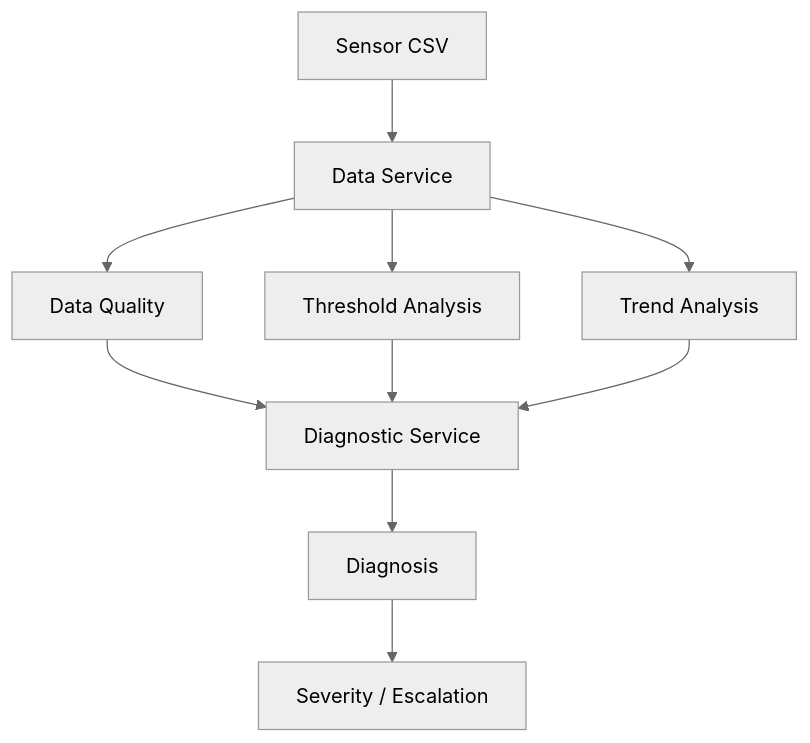
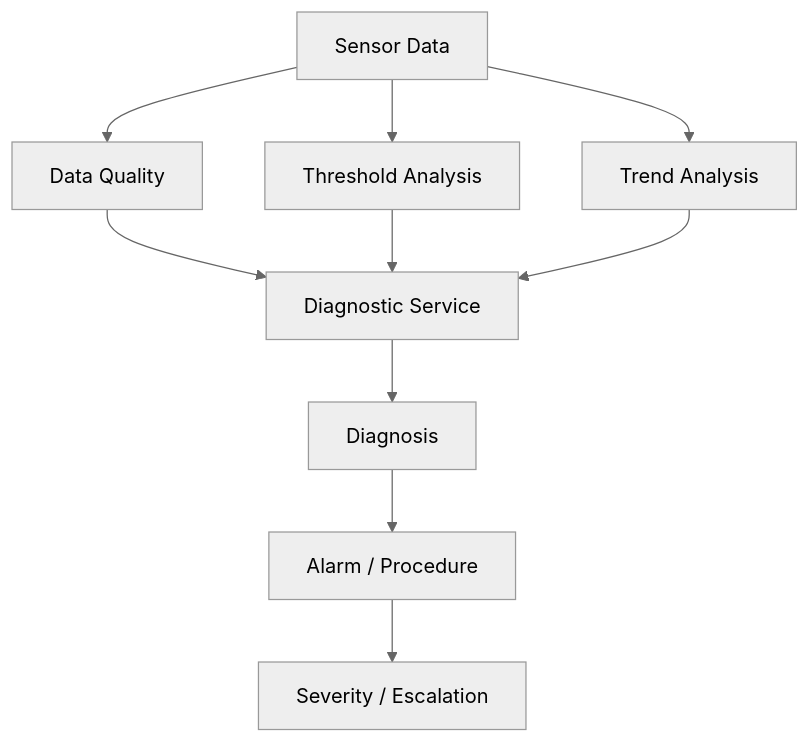
The first of 2 diagrams in README.md (tuanaydin/internship_final_project), drawn with Mermaid (neutral theme) before and after one commit. The commit also changed other lines of this file, not shown here.

````diff
--- a/README.md
+++ b/README.md
@@ -92,12 +183,14 @@
 ```mermaid
 flowchart TD
-    A[Sensor CSV] --> B[Data Service]
-    B --> C[Data Quality]
-    B --> D[Threshold Analysis]
-    B --> E[Trend Analysis]
-    C --> F[Diagnostic Service]
-    D --> F
-    E --> F
-    F --> G[Diagnosis]
+    A[Sensor Data] --> B[Data Quality]
+    A --> C[Threshold Analysis]
+    A --> D[Trend Analysis]
+
+    B --> E[Diagnostic Service]
+    C --> E
+    D --> E
+
+    E --> F[Diagnosis]
+    F --> G[Alarm / Procedure]
     G --> H[Severity / Escalation]
 ```
````
